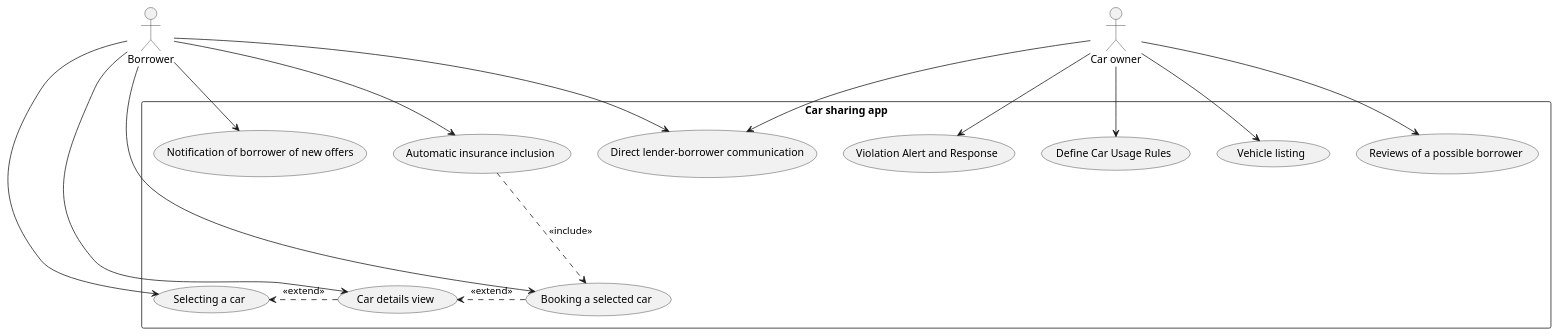
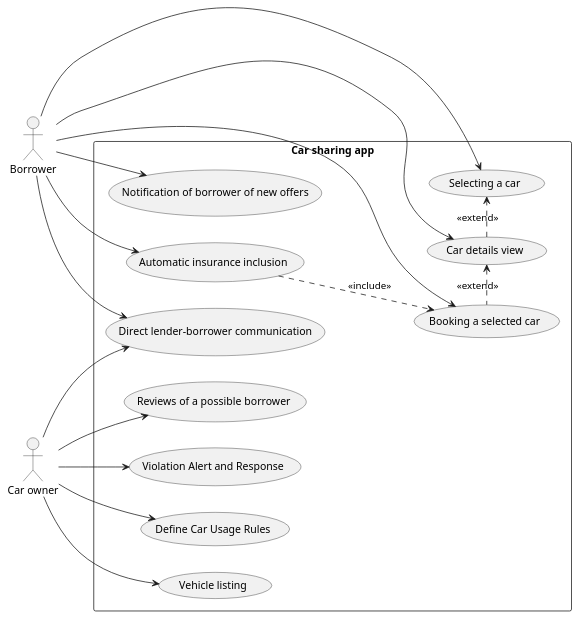
Before and after one commit to bruzla/NSWI041: the diagram in usecase_diagram.plantuml, drawn with PlantUML. The commit also changed 1 other file, not shown here.

Commit message:
update usecase diagram

```diff
--- a/usecase_diagram.plantuml
+++ b/usecase_diagram.plantuml
@@ -1,56 +1,56 @@
 @startuml
-'left to right direction
+left to right direction
 ' Define the actors
 actor Borrower as borrower
 
 ' Define the system boundary
 rectangle "Car sharing app" {
 ' UC-1
     (Vehicle listing) as vehicleListing [[https://github.com/bruzla/NSWI041/issues/12]]
 ' UC-2
     (Selecting a car) as selectingCar [[https://github.com/bruzla/NSWI041/issues/13]]
 ' UC-3
     (Booking a selected car) as bookingSelectedCar [[https://github.com/bruzla/NSWI041/issues/14]]
 ' UC-4
     (Car details view) as carDetail [[https://github.com/bruzla/NSWI041/issues/15]]
 ' UC-6
     (Automatic insurance inclusion) as automaticInsurance [[https://github.com/bruzla/NSWI041/issues/17]]
 ' UC-5
     (Reviews of a possible borrower) as borrowerReviews [[https://github.com/bruzla/NSWI041/issues/16]]
 ' UC-7
     (Direct lender-borrower communication) as lenderBorrowerCommunication [[https://github.com/bruzla/NSWI041/issues/18]]
 ' UC-8
     (Violation Alert and Response) as violationAlert [[https://github.com/bruzla/NSWI041/issues/19]]
 ' UC-9
     (Notification of borrower of new offers) as newOffersNotification [[https://github.com/bruzla/NSWI041/issues/20]]
 ' UC-10
     (Define Car Usage Rules) as defineCarUsageRules [[https://github.com/bruzla/NSWI041/issues/22]]
 }
 
 ' Relationships for User
 borrower --> selectingCar
 borrower --> bookingSelectedCar
 borrower --> automaticInsurance
 borrower --> lenderBorrowerCommunication
 borrower --> carDetail
 borrower --> newOffersNotification
 
 ' relations between use cases
-bookingSelectedCar .> carDetail : <<extend>>
+bookingSelectedCar .left.> carDetail : <<extend>>
 carDetail .> selectingCar : <<extend>>
-automaticInsurance ...> bookingSelectedCar : <<include>>
+automaticInsurance ..> bookingSelectedCar : <<include>>
 
 actor "Car owner" as carOwner
 ' Relationships for Admin
 carOwner --> vehicleListing
 carOwner --> lenderBorrowerCommunication
 carOwner --> borrowerReviews
 carOwner --> defineCarUsageRules
 carOwner --> violationAlert
 
 
 ' Extends and Includes (optional)
 'selectingCar .> vehicleListing : extends
 
 '(Login) .> (Register) : includes
 @enduml
```
